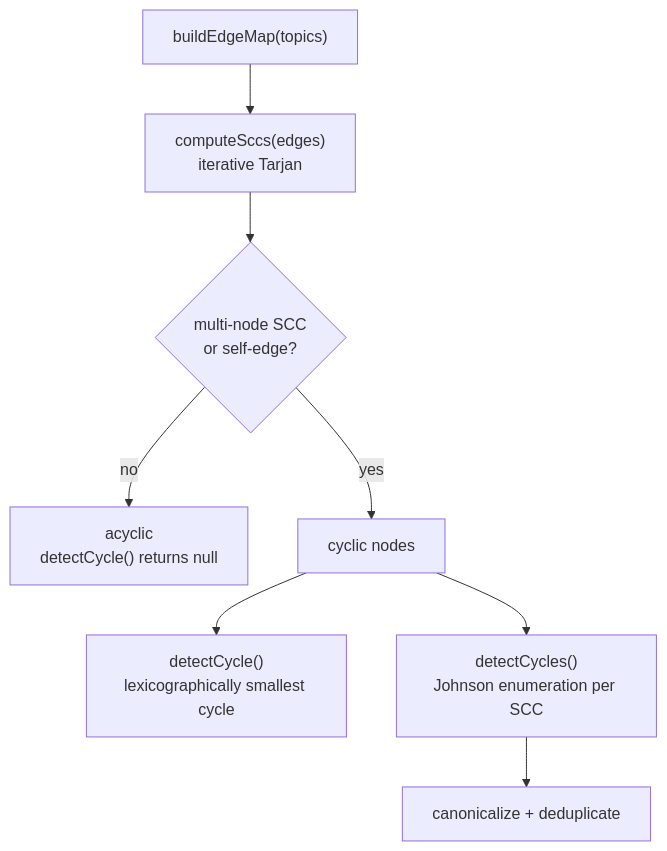
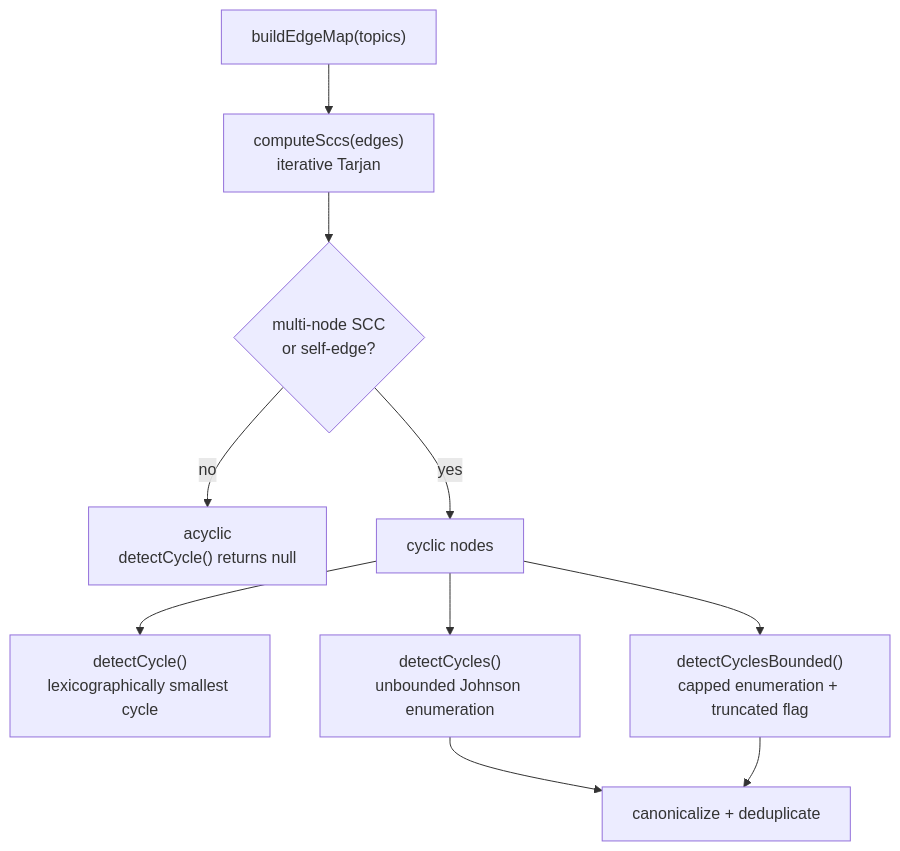
Before and after one commit to Kuldeep2822k/cli: the second of 3 diagrams in docs/03-2-dependency-graph-engine.md, drawn with Mermaid. The commit also changed other lines of this file and 10 other files, not shown here.

````diff
--- a/docs/03-2-dependency-graph-engine.md
+++ b/docs/03-2-dependency-graph-engine.md
@@ -131,10 +134,12 @@
 ```mermaid
 flowchart TD
     A["buildEdgeMap(topics)"] --> B["computeSccs(edges)<br/>iterative Tarjan"]
     B --> C{"multi-node SCC<br/>or self-edge?"}
     C -- "no" --> D["acyclic<br/>detectCycle() returns null"]
     C -- "yes" --> E["cyclic nodes"]
     E --> F["detectCycle()<br/>lexicographically smallest cycle"]
-    E --> G["detectCycles()<br/>Johnson enumeration per SCC"]
-    G --> H["canonicalize + deduplicate"]
+    E --> G["detectCycles()<br/>unbounded Johnson enumeration"]
+    E --> H["detectCyclesBounded()<br/>capped enumeration + truncated flag"]
+    G --> I["canonicalize + deduplicate"]
+    H --> I
 ```
````
